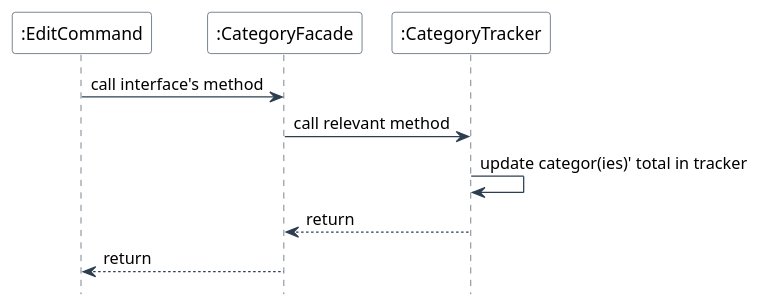
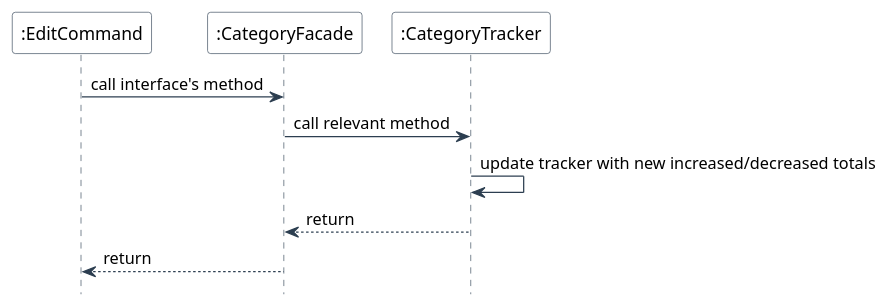
One commit to nus-cs2113-AY2425S1/tp changed the diagram in docs/diagrams/plantuml/CategoryFacade Edit SequenceUML.puml. Above: the diagram before and after it, drawn with PlantUML. The commit also changed 5 other files, not shown here.

Commit message:
Update category sequence UMLs for Add, Delete, Edit

```diff
--- a/docs/diagrams/plantuml/CategoryFacade Edit SequenceUML.puml
+++ b/docs/diagrams/plantuml/CategoryFacade Edit SequenceUML.puml
@@ -1,22 +1,22 @@
 @startuml
 skinparam backgroundColor #FFFFFF
 skinparam sequence {
     ArrowColor #2C3E50
     LifeLineBorderColor #2C3E50
     ParticipantBorderColor #2C3E50
     ParticipantBackgroundColor #FFFFFF
 }
 hide footbox
 
 participant ":EditCommand" as EC
 participant ":CategoryFacade" as CF
 participant ":CategoryTracker" as CT
 ' participant ":CategoryData" as CD
 
 EC -> CF: call interface's method
 CF -> CT: call relevant method
-CT -> CT: update categor(ies)' total in tracker
+CT -> CT: update tracker with new increased/decreased totals
 CT --> CF: return
 CF --> EC: return
 
 @enduml
```
